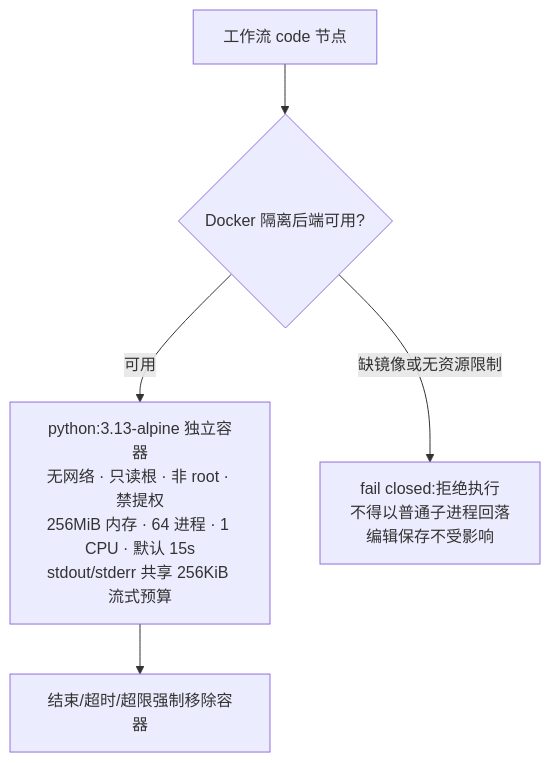
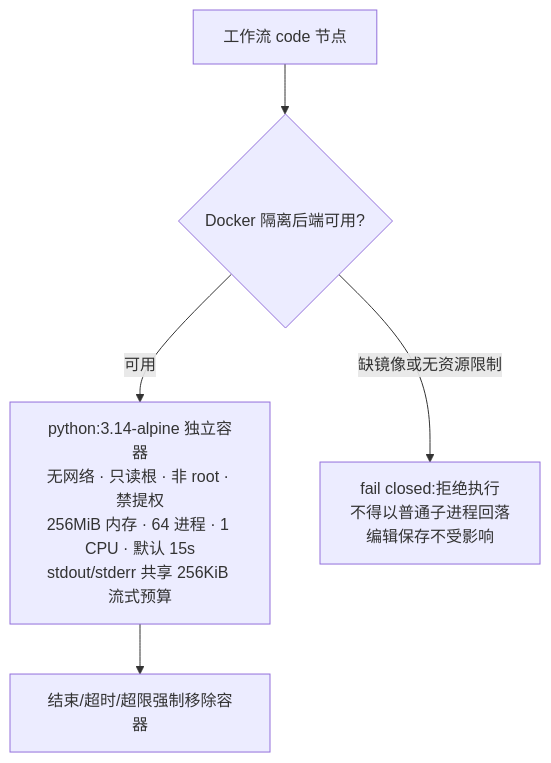
Before and after one commit to Alndaly/Mosael: diagram 16 of 16 in docs/analysis/architecture.md, drawn with Mermaid. The commit also changed other lines of this file and 9 other files, not shown here.

````diff
--- a/docs/analysis/architecture.md
+++ b/docs/analysis/architecture.md
@@ -558,7 +558,7 @@
 ```mermaid
 flowchart TD
     CODE["工作流 code 节点"] --> CHECK{"Docker 隔离后端可用?"}
-    CHECK -->|"可用"| RUN["python:3.13-alpine 独立容器<br/>无网络 · 只读根 · 非 root · 禁提权<br/>256MiB 内存 · 64 进程 · 1 CPU · 默认 15s<br/>stdout/stderr 共享 256KiB 流式预算"]
+    CHECK -->|"可用"| RUN["python:3.14-alpine 独立容器<br/>无网络 · 只读根 · 非 root · 禁提权<br/>256MiB 内存 · 64 进程 · 1 CPU · 默认 15s<br/>stdout/stderr 共享 256KiB 流式预算"]
     RUN --> CLEAN["结束/超时/超限强制移除容器"]
     CHECK -->|"缺镜像或无资源限制"| DENY["fail closed:拒绝执行<br/>不得以普通子进程回落<br/>编辑保存不受影响"]
 ```
````
